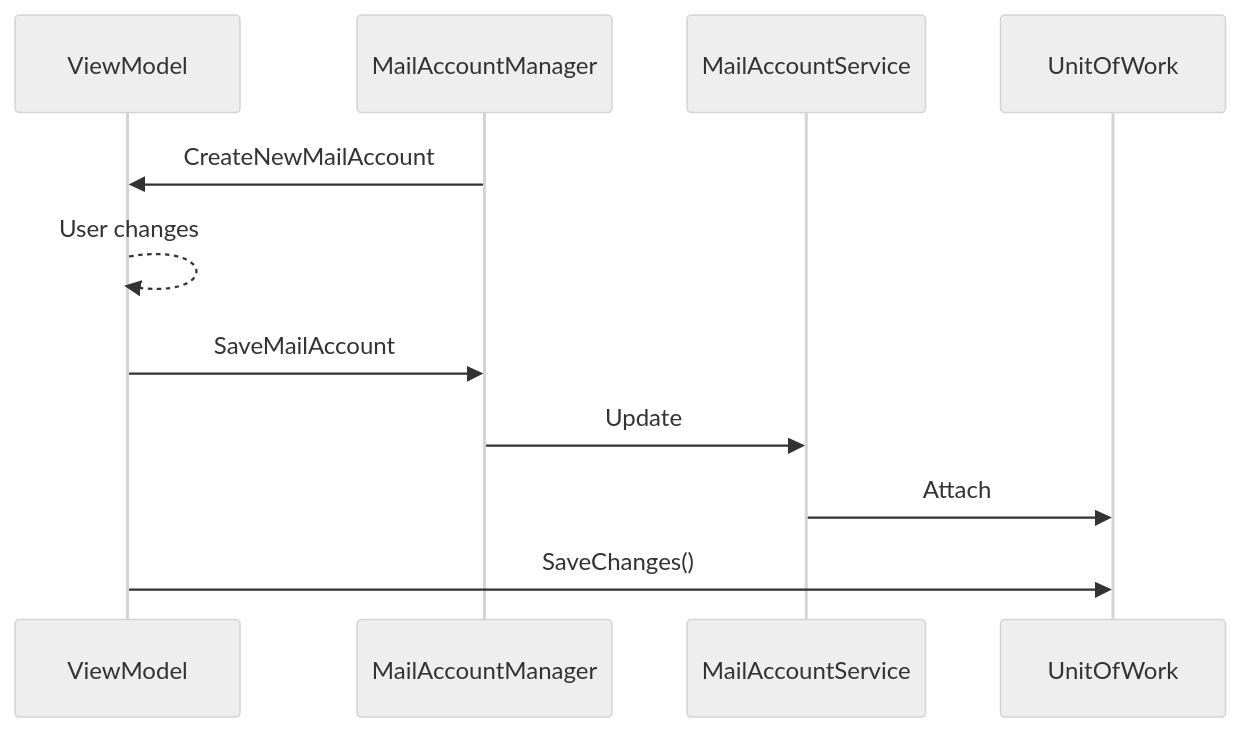
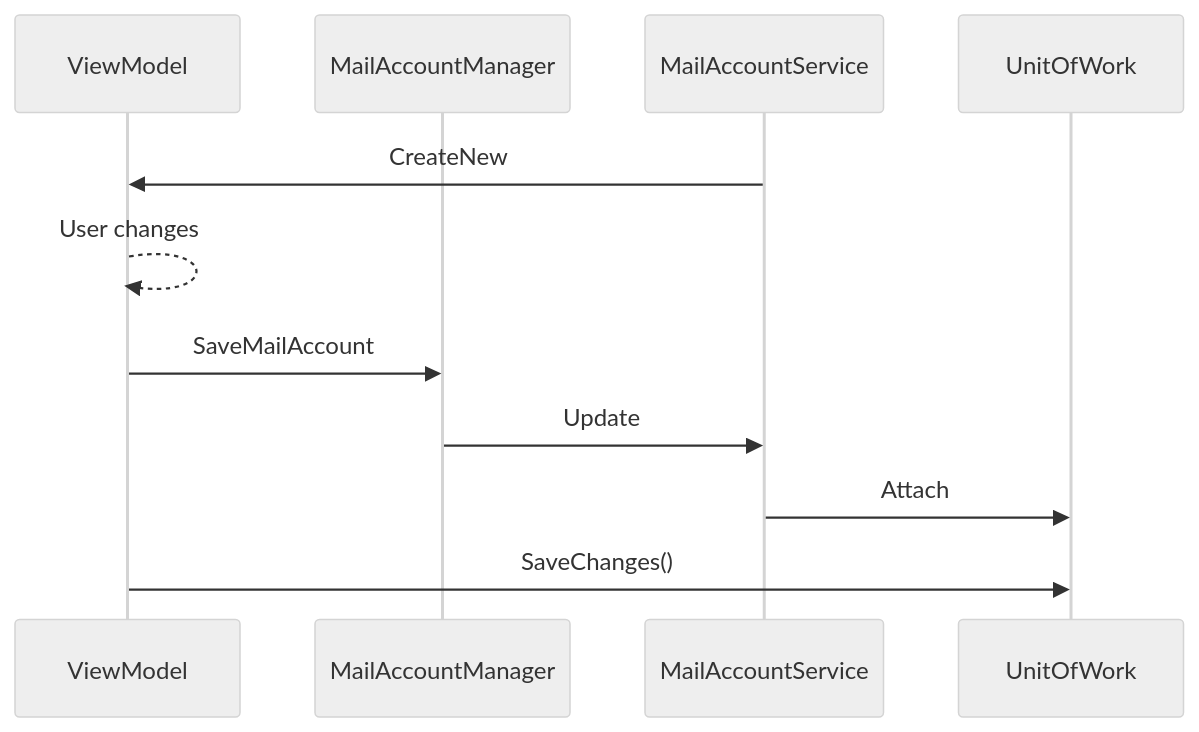
Before and after one commit to jan-schubert/Mailie: the first of 2 diagrams in Documentation/Settings.md, drawn with Mermaid (neutral theme). The commit also changed other lines of this file, not shown here.

Commit message:
Documentation/Settings.md updated from https://stackedit.io/

````diff
--- a/Documentation/Settings.md
+++ b/Documentation/Settings.md
@@ -4,14 +4,14 @@
 ```mermaid
 sequenceDiagram
 participant ViewModel
 participant MailAccountManager
 participant MailAccountService
 participant UnitOfWork
 
-MailAccountManager->>ViewModel: CreateNewMailAccount
+MailAccountService->>ViewModel: CreateNew
 ViewModel-->>ViewModel: User changes
 ViewModel->>MailAccountManager: SaveMailAccount
 MailAccountManager->>MailAccountService: Update
 MailAccountService->>UnitOfWork: Attach
 ViewModel->>UnitOfWork: SaveChanges()
 ```
````
